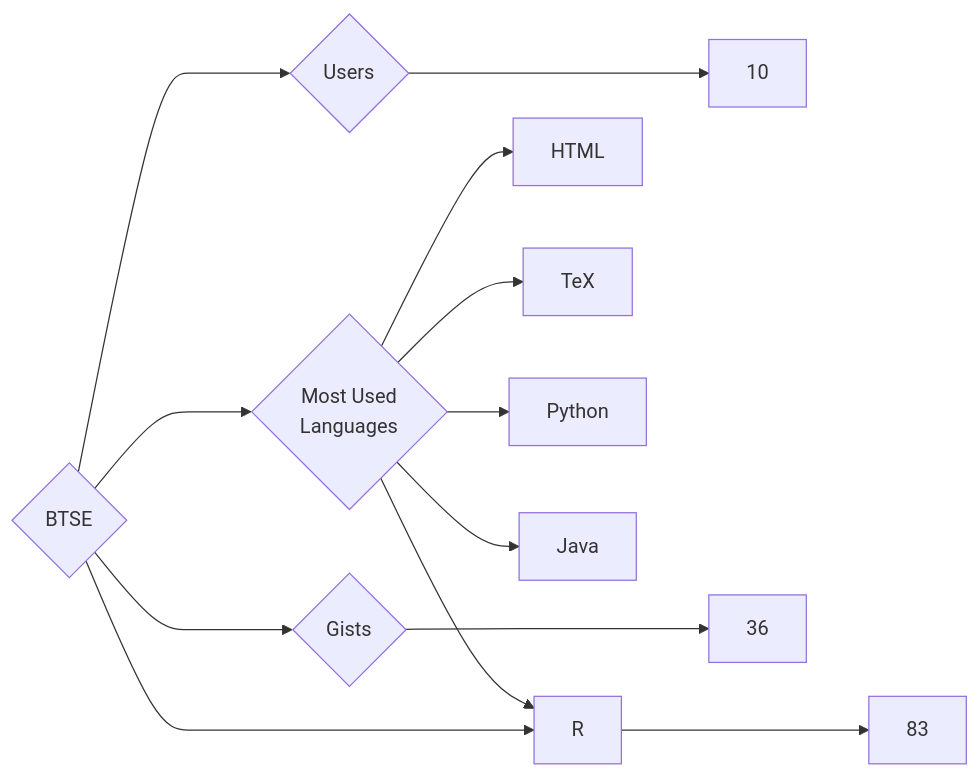
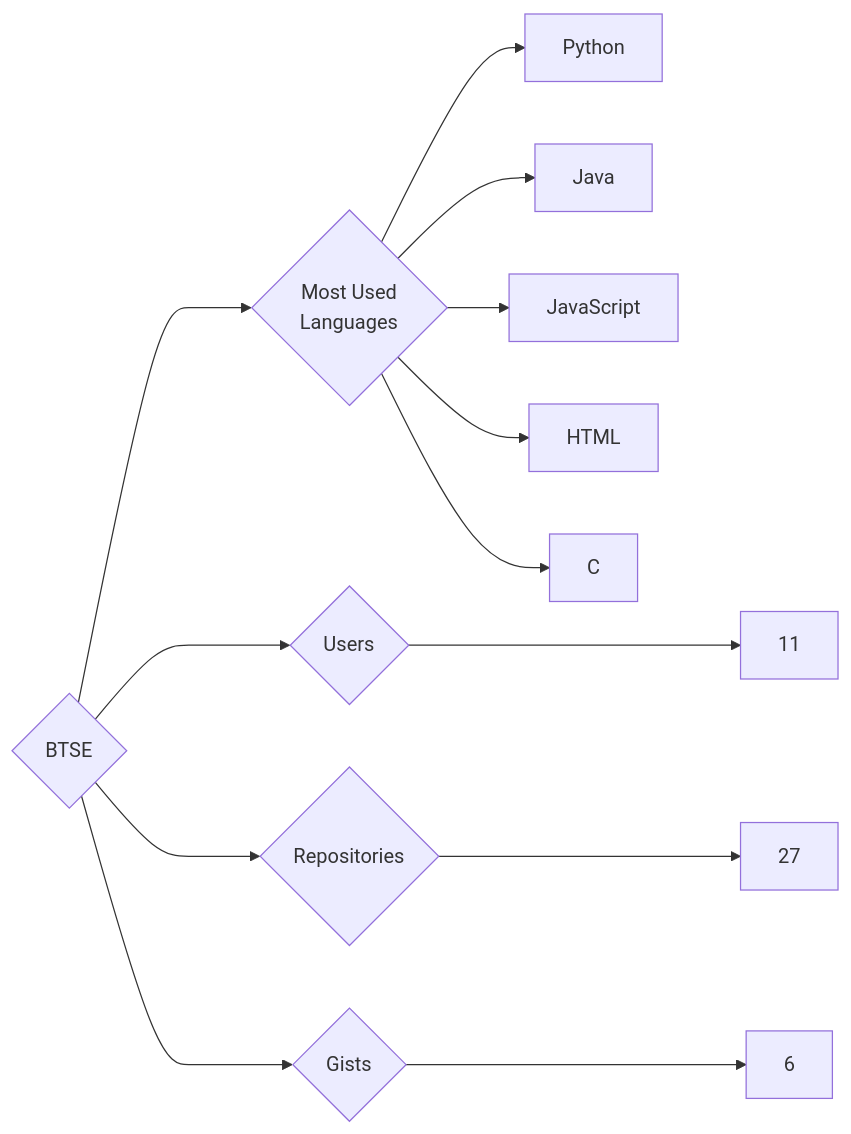
The diagram in targets/BTSE/README.md (trickest/insiders), drawn with Mermaid before and after one commit. The commit also changed 1149 other files, not shown here.

````diff
--- a/targets/BTSE/README.md
+++ b/targets/BTSE/README.md
@@ -3,13 +3,13 @@
 ```mermaid
 graph LR
 COMPANY_NAME{BTSE}
-COMPANY_NAME ---> U{Users} ---> UN[10]
-COMPANY_NAME ---> R{Repositories} ---> RN[83]
-COMPANY_NAME ---> G{Gists} ---> GN[36]
+COMPANY_NAME ---> U{Users} ---> UN[11]
+COMPANY_NAME ---> R{Repositories} ---> RN[27]
+COMPANY_NAME ---> G{Gists} ---> GN[6]
 COMPANY_NAME ---> ML{Most Used<br>Languages}
-ML --> HTML[HTML]
-ML --> R[R]
-ML --> TeX[TeX]
 ML --> Python[Python]
 ML --> Java[Java]
+ML --> JavaScript[JavaScript]
+ML --> HTML[HTML]
+ML --> C[C]
 ```
````
